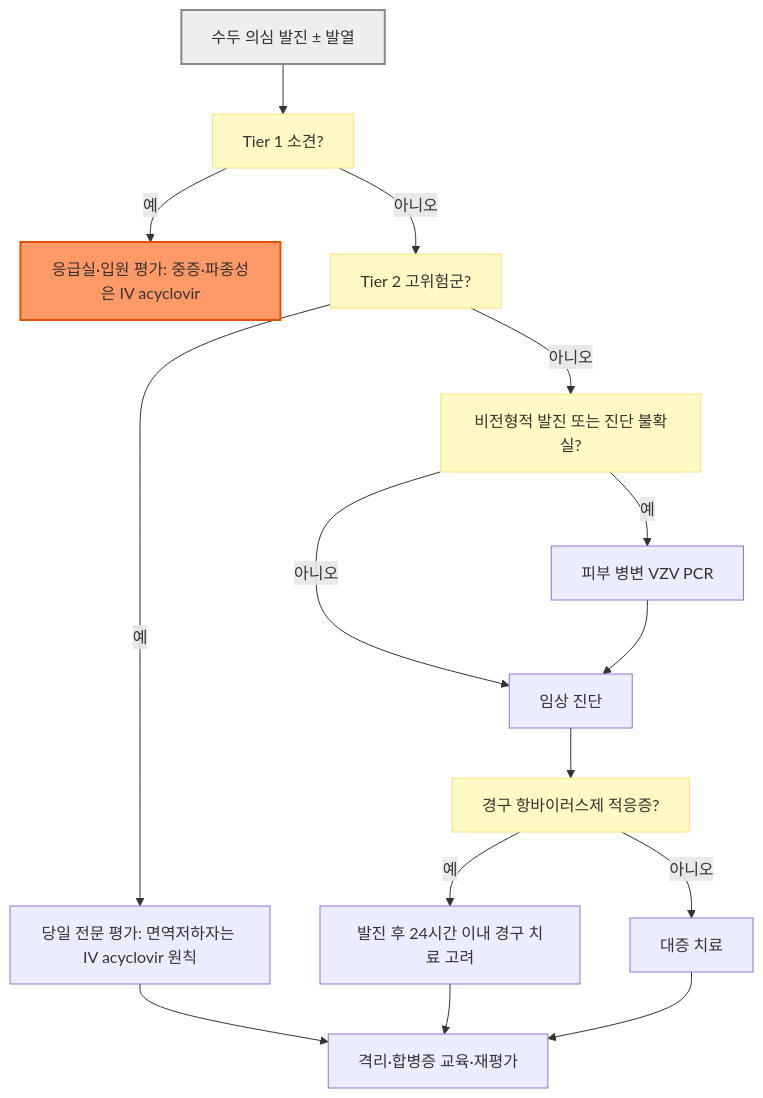
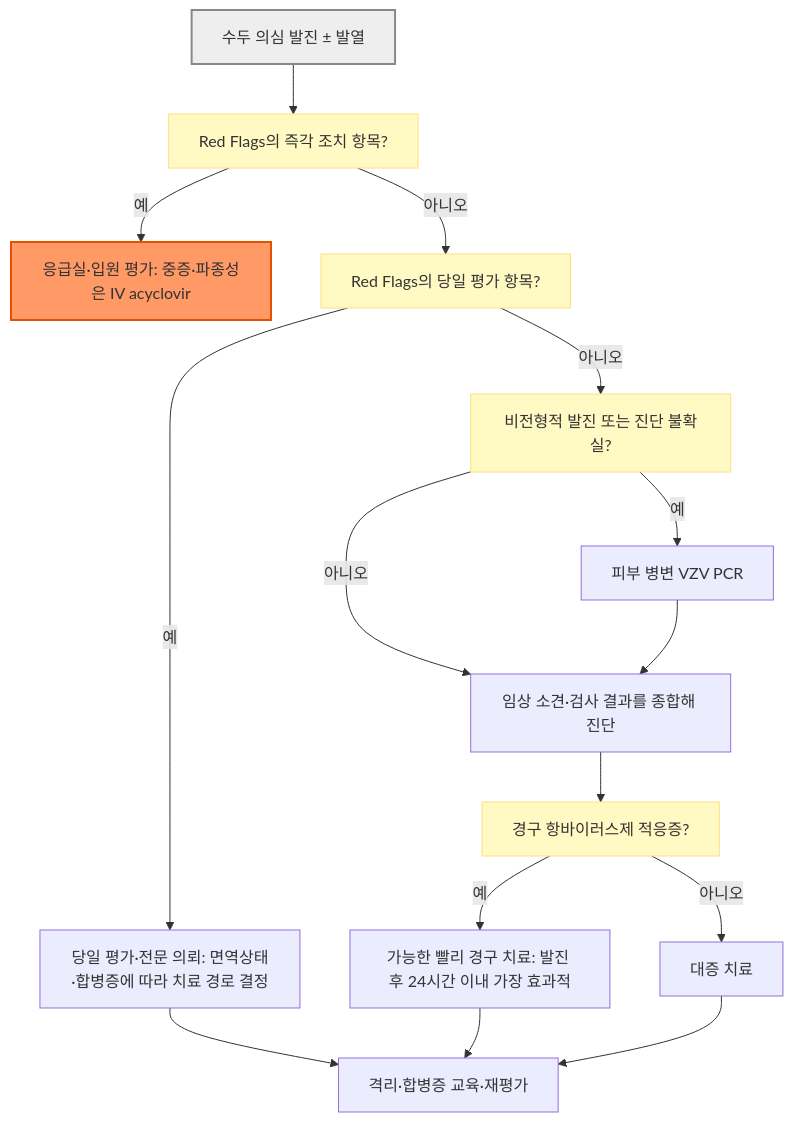
Before and after one commit to familyoh77/familyoh77: the diagram in 229_/179_-varicella-chickenpox.md, drawn with Mermaid. The commit also changed other lines of this file, not shown here.

````diff
--- a/229_/179_-varicella-chickenpox.md
+++ b/229_/179_-varicella-chickenpox.md
@@ -97,24 +101,24 @@
 ```mermaid
 graph TD
-    A["수두 의심 발진 ± 발열"] --> B["Tier 1 소견?"]
+    A["수두 의심 발진 ± 발열"] --> B["Red Flags의 즉각 조치 항목?"]
     B -->|예| C["응급실·입원 평가: 중증·파종성은 IV acyclovir"]
-    B -->|아니오| D["Tier 2 고위험군?"]
-    D -->|예| E["당일 전문 평가: 면역저하자는 IV acyclovir 원칙"]
+    B -->|아니오| D["Red Flags의 당일 평가 항목?"]
+    D -->|예| E["당일 평가·전문 의뢰: 면역상태·합병증에 따라 치료 경로 결정"]
     D -->|아니오| F["비전형적 발진 또는 진단 불확실?"]
     F -->|예| G["피부 병변 VZV PCR"]
-    F -->|아니오| H["임상 진단"]
+    F -->|아니오| H["임상 소견·검사 결과를 종합해 진단"]
     G --> H
     H --> I["경구 항바이러스제 적응증?"]
-    I -->|예| J["발진 후 24시간 이내 경구 치료 고려"]
+    I -->|예| J["가능한 빨리 경구 치료: 발진 후 24시간 이내 가장 효과적"]
     I -->|아니오| K["대증 치료"]
     E --> L["격리·합병증 교육·재평가"]
     J --> L
     K --> L
 
     style A fill:#eeeeee,stroke:#888888,stroke-width:2px
     style C fill:#f96,stroke:#e65100,stroke-width:2px
     style B fill:#fff9c4,stroke:#ffe082
     style D fill:#fff9c4,stroke:#ffe082
     style F fill:#fff9c4,stroke:#ffe082
     style I fill:#fff9c4,stroke:#ffe082
 ```
````
